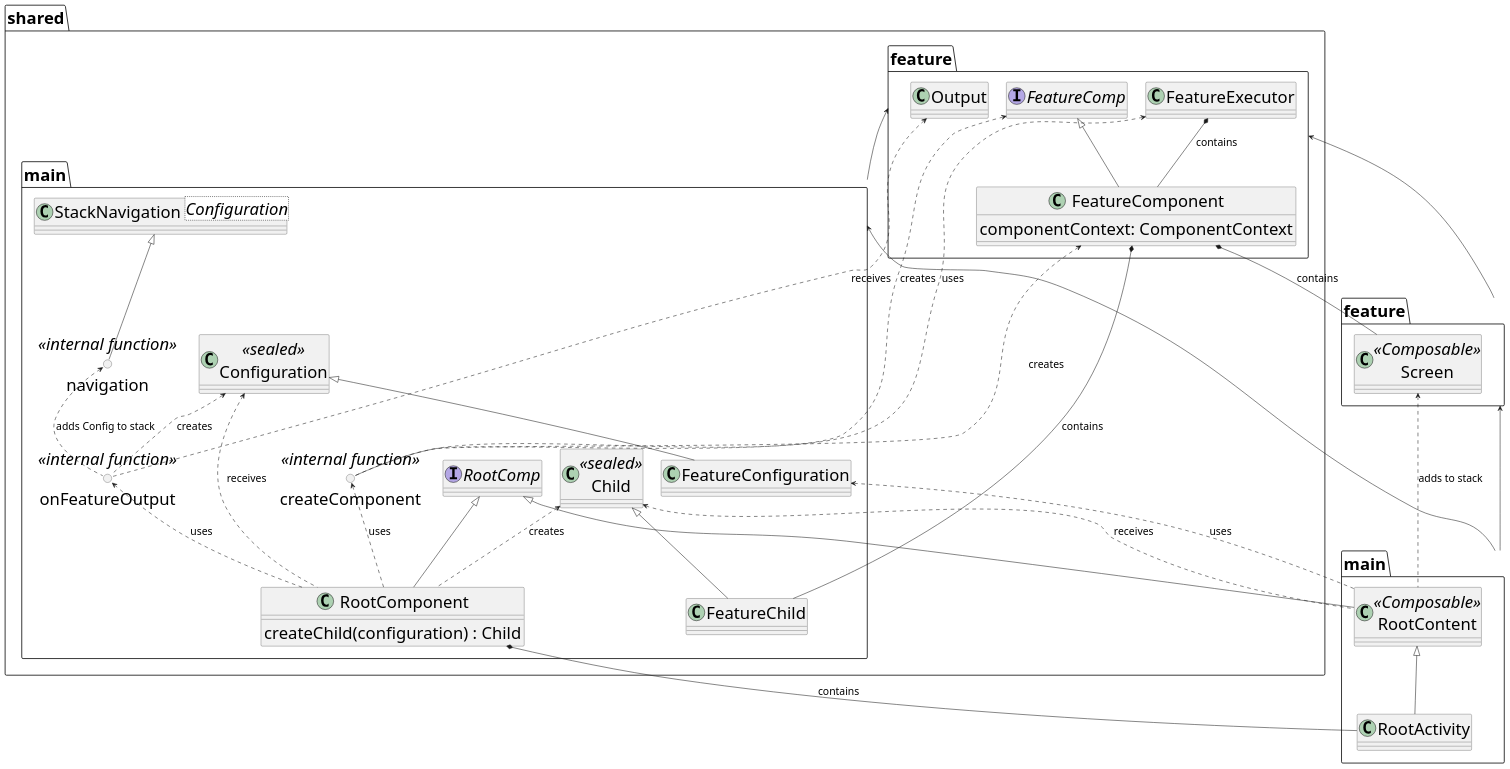
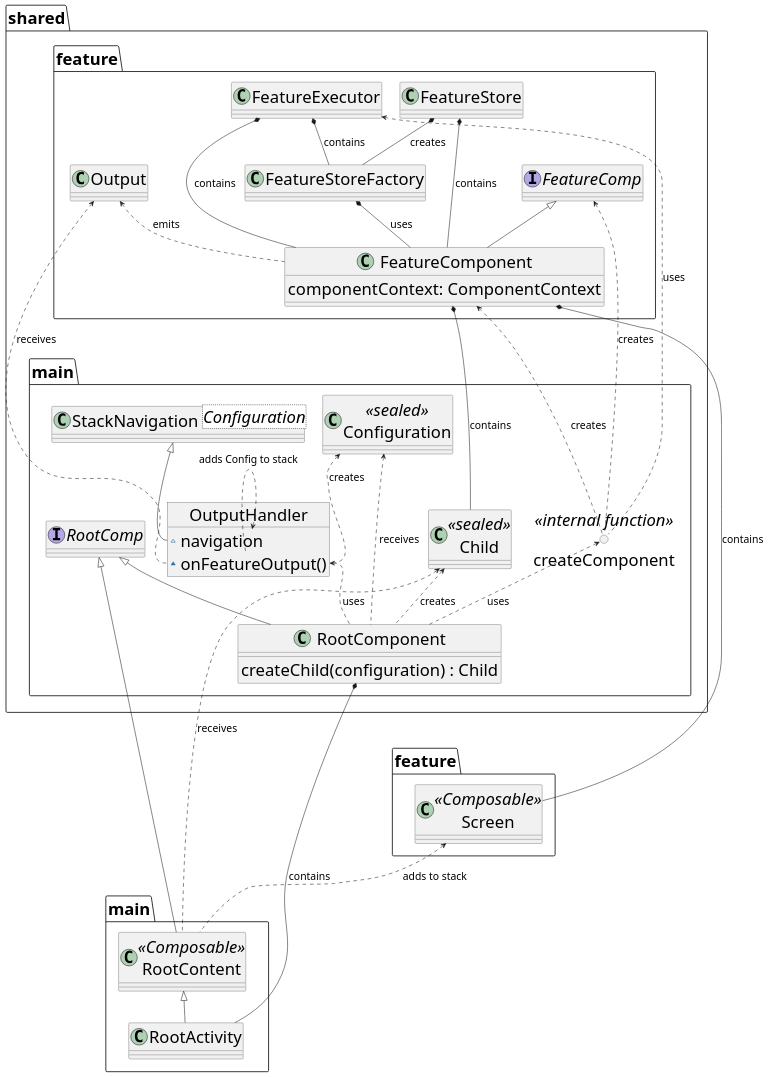
Before and after one commit to herrbert74/companies-house: the diagram in feature-main/Main Classes.puml, drawn with PlantUML. The commit also changed 144 other files, not shown here.

```diff
--- a/feature-main/Main Classes.puml
+++ b/feature-main/Main Classes.puml
@@ -1,68 +1,73 @@
 @startuml
 'https://plantuml.com/class-diagram
 skinparam defaultFontSize 32
 skinparam ArrowFontSize 20
+
+package shared.feature {
+	class FeatureStoreFactory
+	class FeatureStore
+	interface FeatureComp
+	class FeatureExecutor
+	class FeatureComponent
+	class Output
+	FeatureComponent : componentContext: ComponentContext
+}
 
 package shared.main {
 	interface RootComp
 	class RootComponent
 	RootComponent : createChild(configuration) : Child
 	class StackNavigation<Configuration>
-	circle navigation <<internal function>>
-	circle onFeatureOutput <<internal function>>
+	object OutputHandler {
+	~ navigation
+	~ onFeatureOutput()
+	}
 	class Child <<sealed>>
-	class FeatureChild
 	class Configuration <<sealed>>
-	class FeatureConfiguration
 
 	circle createComponent <<internal function>>
-}
-
-package shared.feature {
-	interface FeatureComp
-	class FeatureExecutor
-	class FeatureComponent
-	class Output
-	FeatureComponent : componentContext: ComponentContext
 }
 
 package main {
 	class RootActivity
 	class RootContent <<Composable>>
 }
 
 package feature {
 	class Screen <<Composable>>
 }
 
-shared.feature <-down- shared.main
-feature <-down- main
-shared.main <-down- main
-shared.feature <-down- feature
+shared.feature <-[hidden]down- shared.main
+feature <-[hidden]down- main
+shared.main <-[hidden]down- main
+RootComponent <-[hidden]down- feature
+FeatureComponent <-[hidden]down- Configuration
 
 RootComp <|-- RootComponent
-Child <|-- FeatureChild
-FeatureComponent *-- FeatureChild : contains
+FeatureStore *-- FeatureStoreFactory : creates
+FeatureExecutor *-- FeatureStoreFactory : contains
+FeatureComponent *-- Child : contains
 FeatureComponent *-- Screen : contains
 FeatureExecutor *-- FeatureComponent : contains
+FeatureStore *-- FeatureComponent : contains
+FeatureStoreFactory *-- FeatureComponent : uses
 FeatureComp <|-- FeatureComponent
-Configuration <|-- FeatureConfiguration
 FeatureComp <.. createComponent : creates
 FeatureComponent <.. createComponent : creates
 FeatureExecutor <.. createComponent : uses
 Child <.. RootComponent : creates
 Configuration <.. RootComponent : receives
 Child <.. RootContent : receives
-Output <.. onFeatureOutput : receives
-Configuration <.. onFeatureOutput : creates
-onFeatureOutput <.. RootComponent : uses
+Output <.. OutputHandler::onFeatureOutput : receives
+Output <.. FeatureComponent : emits
+Configuration <.. OutputHandler::onFeatureOutput : creates
+OutputHandler::onFeatureOutput <.. RootComponent : uses
 createComponent <.. RootComponent : uses
-navigation <.. onFeatureOutput : adds Config to stack
+OutputHandler::navigation <.. OutputHandler::onFeatureOutput : adds Config to stack
 Screen <.. RootContent : adds to stack
 RootComp <|-- RootContent
-FeatureConfiguration <.. RootContent : uses
 RootComponent *-- RootActivity : contains
 RootContent <|-- RootActivity
-StackNavigation <|-- navigation
+StackNavigation <|-- OutputHandler::navigation
 
 @enduml
```
